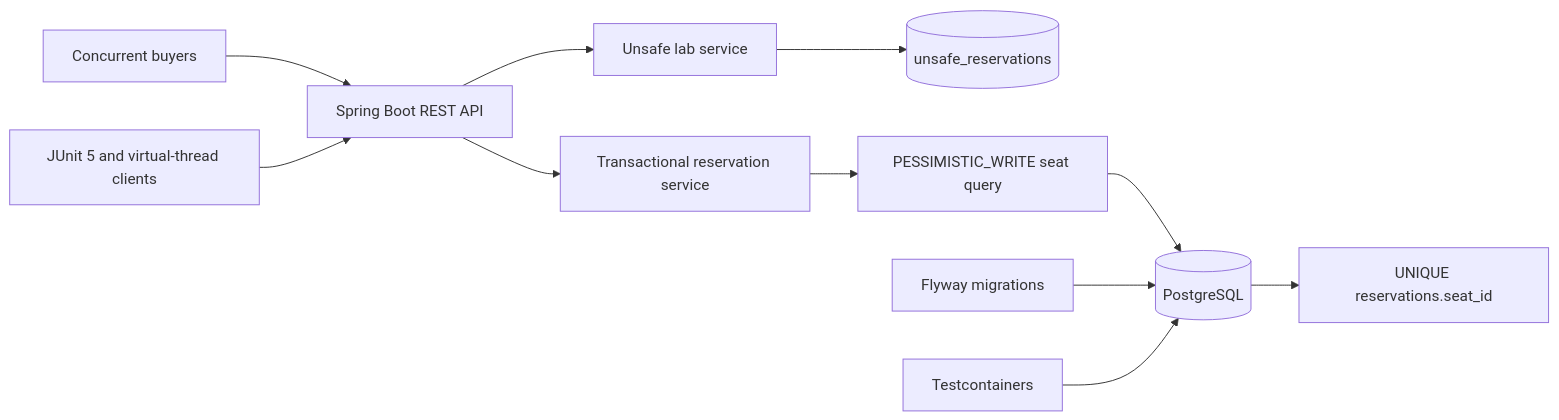
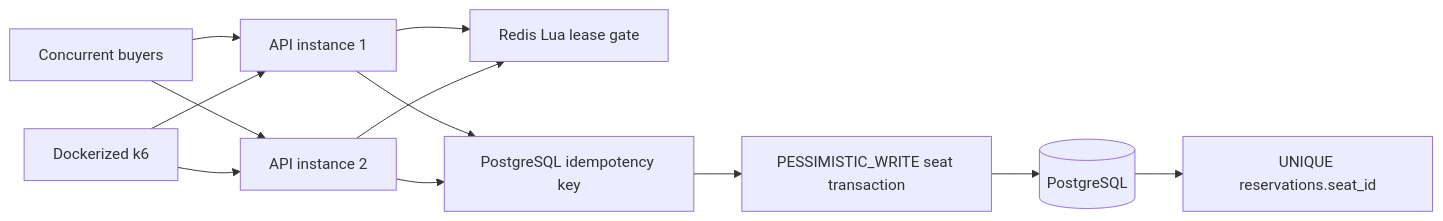
The diagram in README.md (triscravello/ticket-reservation-api), drawn with Mermaid before and after one commit. The commit also changed other lines of this file and 17 other files, not shown here.

Commit message:
Coordinate two ticket APIs with Redis while PostgreSQL preserves correctness.

````diff
--- a/README.md
+++ b/README.md
@@ -11,13 +7,14 @@
 ```mermaid
 flowchart LR
-    C[Concurrent buyers] --> API[Spring Boot REST API]
-    API --> U[Unsafe lab service]
-    U --> UT[(unsafe_reservations)]
-    API --> S[Transactional reservation service]
-    S --> L[PESSIMISTIC_WRITE seat query]
-    L --> PG[(PostgreSQL)]
-    PG --> UC[UNIQUE reservations.seat_id]
-    F[Flyway migrations] --> PG
-    T[JUnit 5 and virtual-thread clients] --> API
-    TC[Testcontainers] --> PG
+ C[Concurrent buyers] --> A1[API instance 1]
+ C --> A2[API instance 2]
+ A1 --> G[Redis Lua lease gate]
+ A2 --> G
+ A1 --> I[PostgreSQL idempotency key]
+ A2 --> I
+ I --> L[PESSIMISTIC_WRITE seat transaction]
+ L --> P[(PostgreSQL)]
+ P --> U[UNIQUE reservations.seat_id]
+ K[Dockerized k6] --> A1
+ K --> A2
 ```
````
